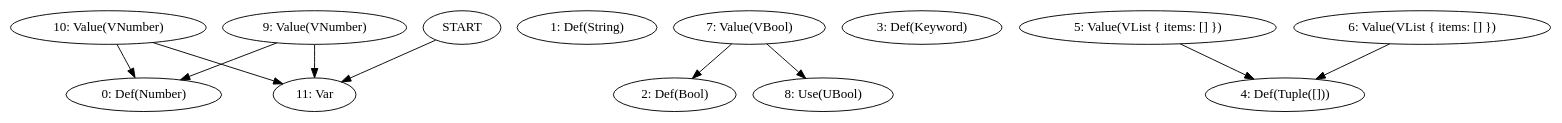
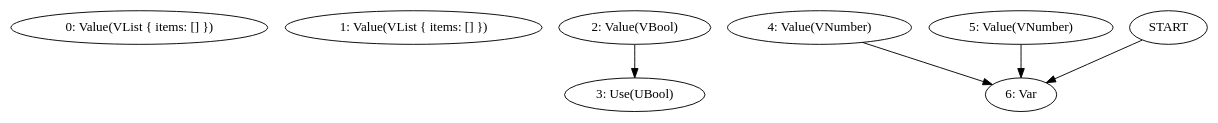
One commit to frondeus/project-s changed the second of 2 diagrams in docs/log/2025-06-16.md. Above: the diagram before and after it, drawn with Graphviz. The commit also changed other lines of this file and 31 other files, not shown here.

````diff
--- a/docs/log/2025-06-16.md
+++ b/docs/log/2025-06-16.md
@@ -59,26 +50,16 @@
 ```graphviz
 digraph G {
-N0 [label="0: Def(Number)"];
-N1 [label="1: Def(String)"];
-N2 [label="2: Def(Bool)"];
-N3 [label="3: Def(Keyword)"];
-N4 [label="4: Def(Tuple([]))"];
-N5 [label="5: Value(VList { items: [] })"];
-N6 [label="6: Value(VList { items: [] })"];
-N7 [label="7: Value(VBool)"];
-N8 [label="8: Use(UBool)"];
-N9 [label="9: Value(VNumber)"];
-N10 [label="10: Value(VNumber)"];
-N11 [label="11: Var"];
-START -> N11
-N5 -> N4;
-N6 -> N4;
-N7 -> N2;
-N7 -> N8;
-N9 -> N0;
-N9 -> N11;
-N10 -> N0;
-N10 -> N11;
+N0 [label="0: Value(VList { items: [] })"];
+N1 [label="1: Value(VList { items: [] })"];
+N2 [label="2: Value(VBool)"];
+N3 [label="3: Use(UBool)"];
+N4 [label="4: Value(VNumber)"];
+N5 [label="5: Value(VNumber)"];
+N6 [label="6: Var"];
+START -> N6
+N2 -> N3;
+N4 -> N6;
+N5 -> N6;
 }
 
 ```
````
